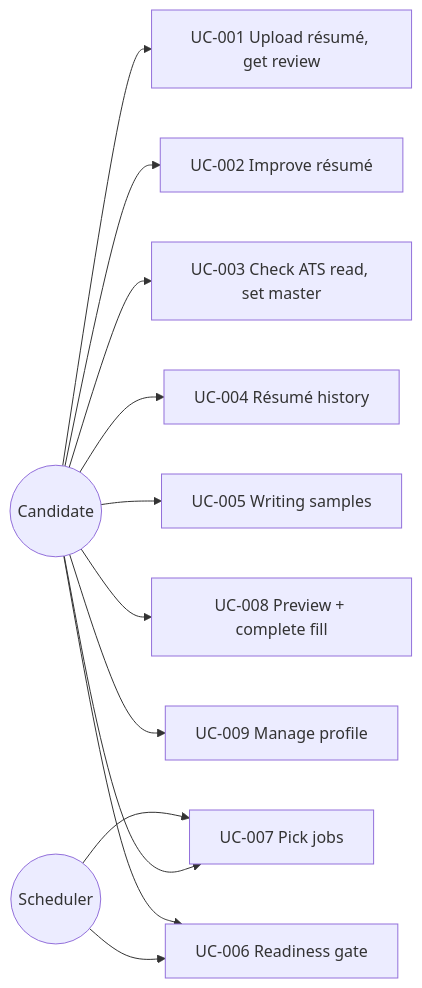
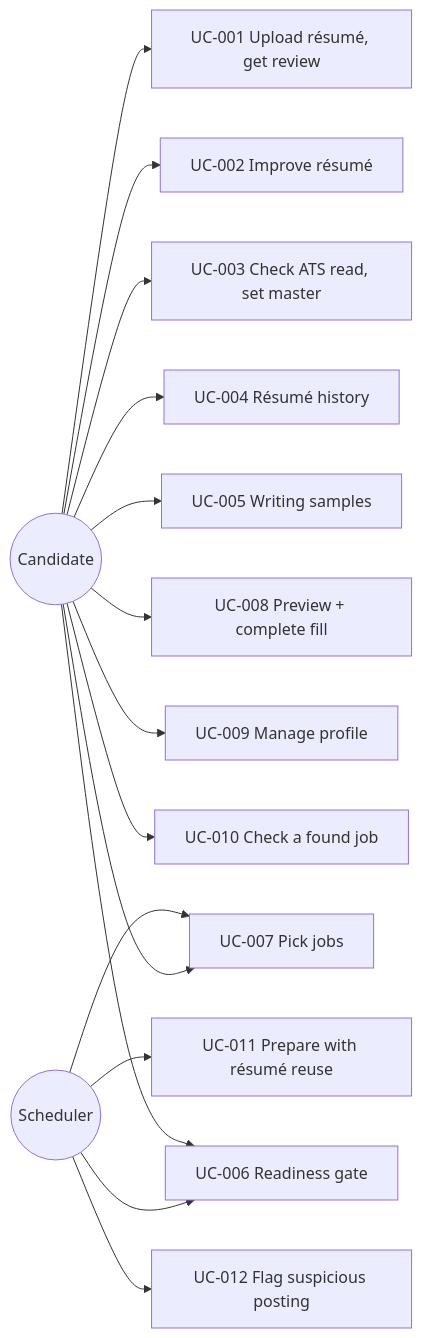
The diagram in docs/product/USE_CASES.md (m0hamedb3ngab5ia/career-os-template), drawn with Mermaid before and after one commit. The commit also changed other lines of this file and 5 other files, not shown here.

Commit message:
docs(product): REQ-108..116, UC-010..012 injection guard, résumé reuse, check a job

````diff
--- a/docs/product/USE_CASES.md
+++ b/docs/product/USE_CASES.md
@@ -4,14 +4,17 @@
 ```mermaid
 flowchart LR
   C((Candidate)) --> UC1[UC-001 Upload résumé, get review]
   C --> UC2[UC-002 Improve résumé]
   C --> UC3[UC-003 Check ATS read, set master]
   C --> UC4[UC-004 Résumé history]
   C --> UC5[UC-005 Writing samples]
   C --> UC7[UC-007 Pick jobs]
   C --> UC8[UC-008 Preview + complete fill]
   C --> UC9[UC-009 Manage profile]
+  C --> UC10[UC-010 Check a found job]
+  S --> UC11[UC-011 Prepare with résumé reuse]
+  S --> UC12[UC-012 Flag suspicious posting]
   S((Scheduler)) --> UC6[UC-006 Readiness gate]
   C --> UC6
   S --> UC7
 ```
````
